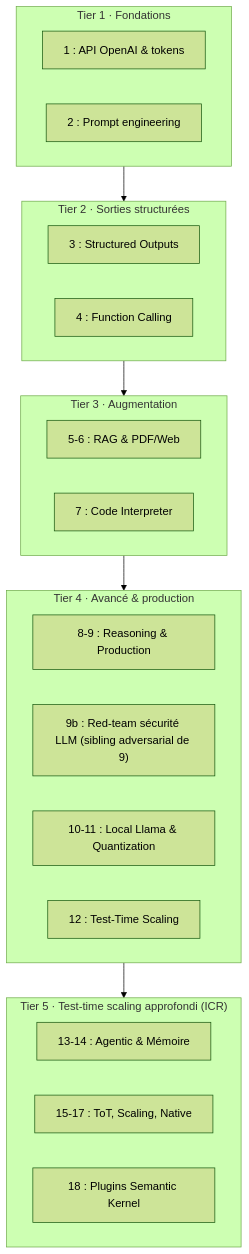
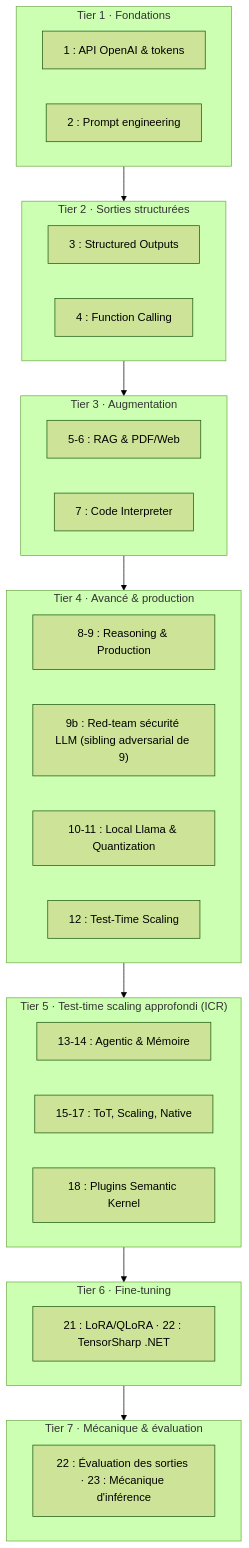
One commit to jsboige/CoursIA changed the diagram in MyIA.AI.Notebooks/GenAI/Texte/README.md. Above: the diagram before and after it, drawn with Mermaid (forest theme). The commit also changed other lines of this file and 1 other file, not shown here.

````diff
--- a/MyIA.AI.Notebooks/GenAI/Texte/README.md
+++ b/MyIA.AI.Notebooks/GenAI/Texte/README.md
@@ -204,27 +219,33 @@
 ```mermaid
 flowchart TD
     subgraph T1["Tier 1 · Fondations"]
         A1["1 : API OpenAI & tokens"]
         A2["2 : Prompt engineering"]
     end
     subgraph T2["Tier 2 · Sorties structurées"]
         B1["3 : Structured Outputs"]
         B2["4 : Function Calling"]
     end
     subgraph T3["Tier 3 · Augmentation"]
         C1["5-6 : RAG & PDF/Web"]
         C2["7 : Code Interpreter"]
     end
     subgraph T4["Tier 4 · Avancé & production"]
         D1["8-9 : Reasoning & Production"]
         D1b["9b : Red-team sécurité LLM (sibling adversarial de 9)"]
         D2["10-11 : Local Llama & Quantization"]
         D3["12 : Test-Time Scaling"]
     end
     subgraph T5["Tier 5 · Test-time scaling approfondi (ICR)"]
         E1["13-14 : Agentic & Mémoire"]
         E2["15-17 : ToT, Scaling, Native"]
         E3["18 : Plugins Semantic Kernel"]
     end
-    T1 --> T2 --> T3 --> T4 --> T5
+    subgraph T6["Tier 6 · Fine-tuning"]
+        F1["21 : LoRA/QLoRA · 22 : TensorSharp .NET"]
+    end
+    subgraph T7["Tier 7 · Mécanique & évaluation"]
+        G1["22 : Évaluation des sorties · 23 : Mécanique d'inférence"]
+    end
+    T1 --> T2 --> T3 --> T4 --> T5 --> T6 --> T7
 ```
````
